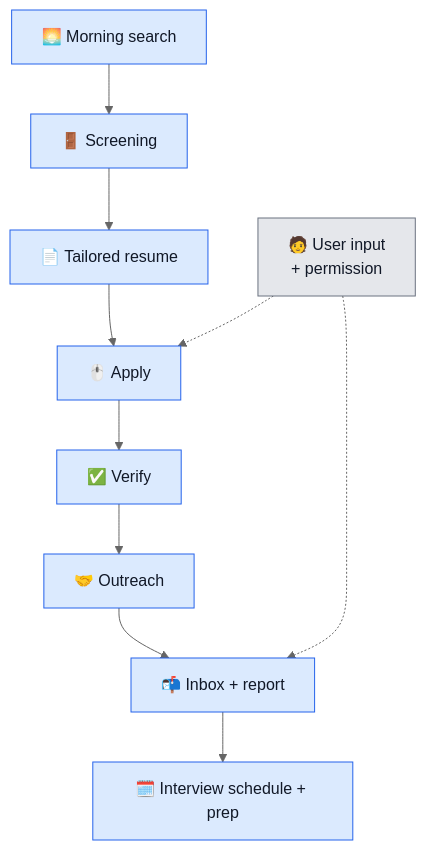
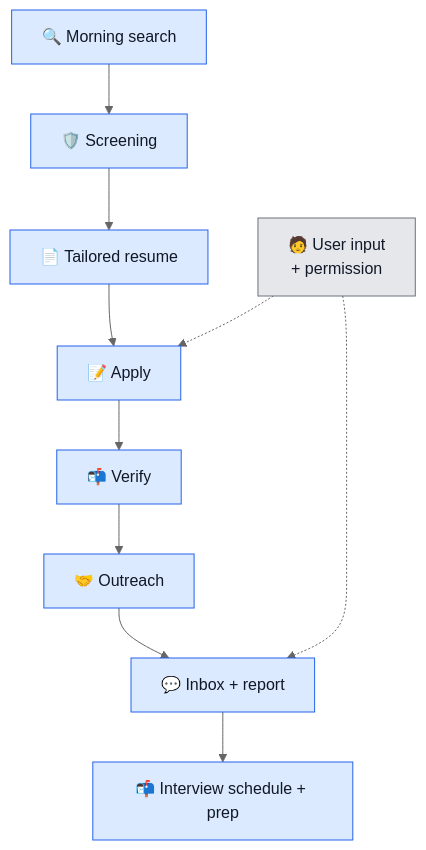
The diagram in README.md (yifanwu0909/job-search-program), drawn with Mermaid (neutral theme) before and after one commit. The commit also changed other lines of this file, not shown here.

Commit message:
README: flowchart and 'What it does' bullet emojis now match the six function blocks

````diff
--- a/README.md
+++ b/README.md
@@ -36,17 +36,17 @@
 ```mermaid
 flowchart TD
-    A["🌅 Morning search"] --> B["🚪 Screening"]
+    A["🔍 Morning search"] --> B["🛡️ Screening"]
     B --> C["📄 Tailored resume"]
-    C --> D["🖱️ Apply"]
-    D --> E["✅ Verify"]
+    C --> D["📝 Apply"]
+    D --> E["📬 Verify"]
     E --> F["🤝 Outreach"]
-    F --> G["📬 Inbox + report"]
-    G --> H["🗓️ Interview schedule + prep"]
+    F --> G["💬 Inbox + report"]
+    G --> H["📬 Interview schedule + prep"]
     Y["🧑 User input<br/>+ permission"] -.-> D
     Y -.-> G
 
     classDef system fill:#dbeafe,stroke:#2563eb,color:#111827;
     classDef person fill:#e5e7eb,stroke:#6b7280,color:#111827;
     class A,B,C,D,E,F,G,H system;
     class Y person;
 ```
````
